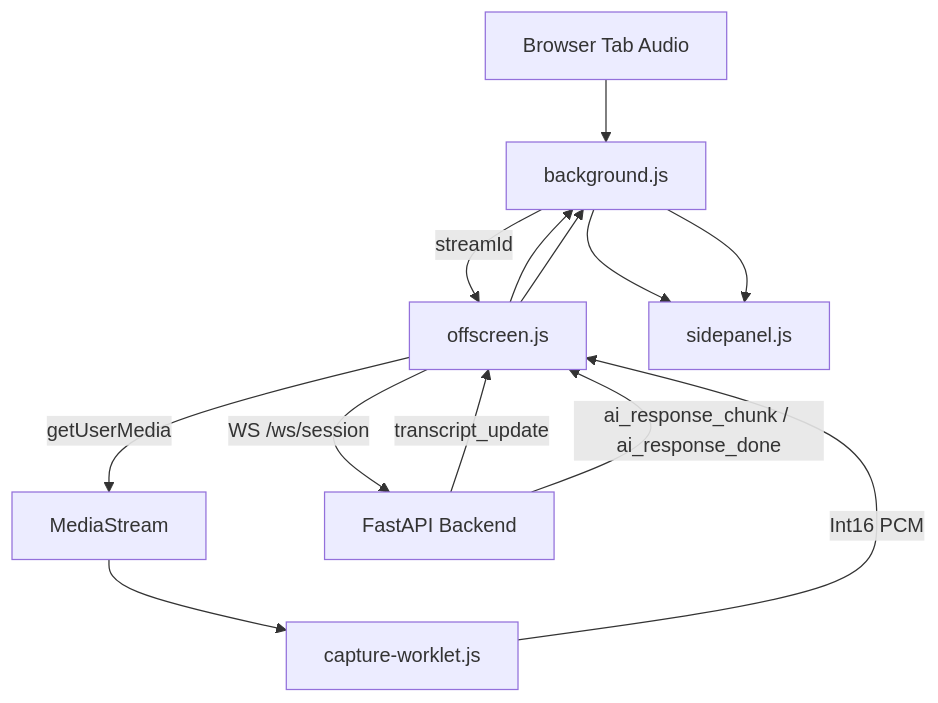
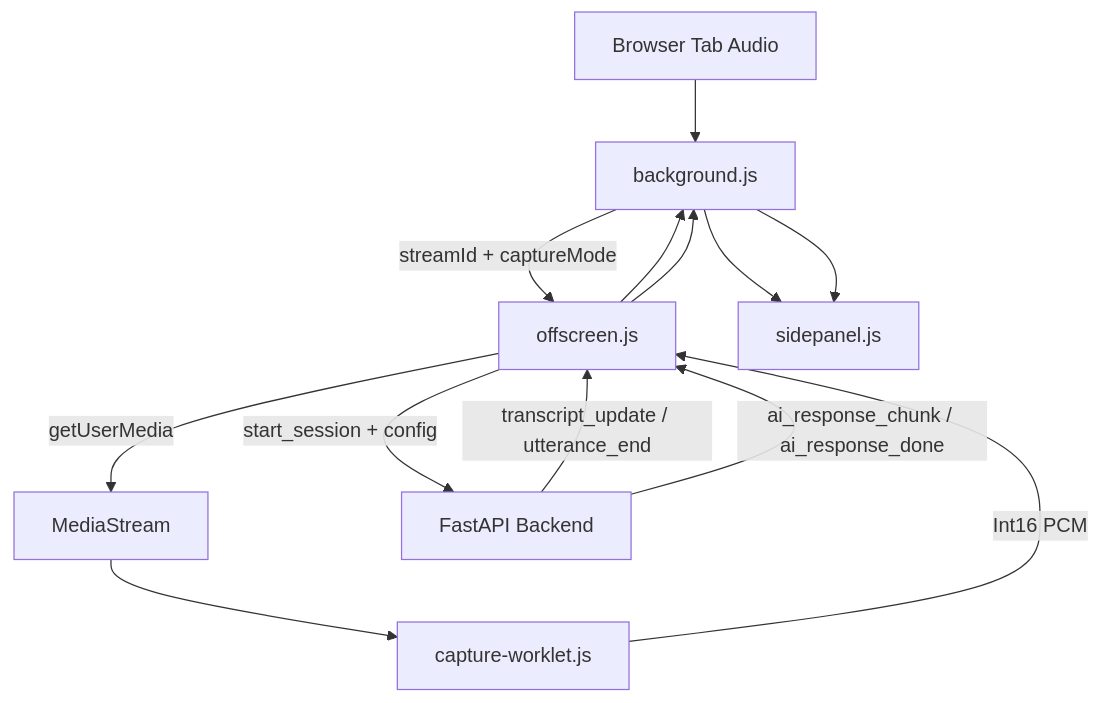
Before and after one commit to amanambak/dual-channel: the diagram in docs/extension_ARCHITECTURE.md, drawn with Mermaid. The commit also changed other lines of this file and 25 other files, not shown here.

Commit message:
optimized the architecture and redued the llm call

````diff
--- a/docs/extension_ARCHITECTURE.md
+++ b/docs/extension_ARCHITECTURE.md
@@ -90,15 +96,15 @@
 ```mermaid
 graph TD
     TAB[Browser Tab Audio] --> BG[background.js]
-    BG -->|streamId| OD[offscreen.js]
+    BG -->|streamId + captureMode| OD[offscreen.js]
     OD -->|getUserMedia| MS[MediaStream]
     MS --> AW[capture-worklet.js]
     AW -->|Int16 PCM| OD
-    OD -->|WS /ws/session| BE[FastAPI Backend]
-    BE -->|transcript_update| OD
+    OD -->|start_session + config| BE[FastAPI Backend]
+    BE -->|transcript_update / utterance_end| OD
     OD --> BG
     BG --> SP[sidepanel.js]
     BE -->|ai_response_chunk / ai_response_done| OD
     OD --> BG
     BG --> SP
 ```
````
